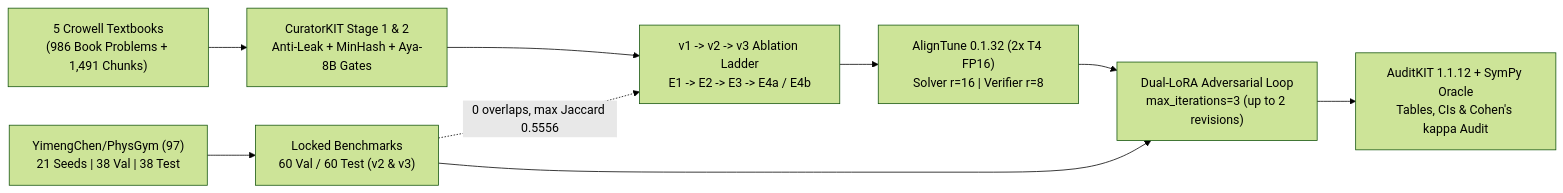
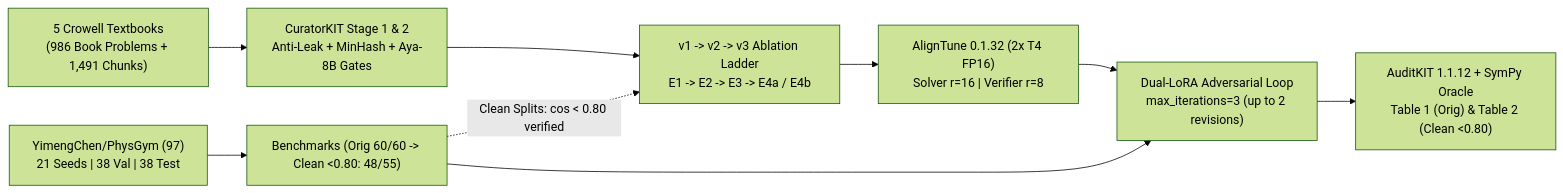
Before and after one commit to Vital-ar/adversarial_physics_problems_solver: the diagram in README.md, drawn with Mermaid (forest theme). The commit also changed other lines of this file and 20 other files, not shown here.

Commit message:
Enforce <0.80 MiniLM anti-leak splits and publish dual Table 1/Table 2 reports

````diff
--- a/README.md
+++ b/README.md
@@ -27,11 +27,11 @@
 ```mermaid
 flowchart LR
-    PG["YimengChen/PhysGym (97)<br/>21 Seeds | 38 Val | 38 Test"] --> SPL["Locked Benchmarks<br/>60 Val / 60 Test (v2 & v3)"]
+    PG["YimengChen/PhysGym (97)<br/>21 Seeds | 38 Val | 38 Test"] --> SPL["Benchmarks (Orig 60/60 -> Clean <0.80: 48/55)"]
     BK["5 Crowell Textbooks<br/>(986 Book Problems + 1,491 Chunks)"] --> CK["CuratorKIT Stage 1 & 2<br/>Anti-Leak + MinHash + Aya-8B Gates"]
     CK --> SFT["v1 -> v2 -> v3 Ablation Ladder<br/>E1 -> E2 -> E3 -> E4a / E4b"]
-    SPL -.->|"0 overlaps, max Jaccard 0.5556"| SFT
+    SPL -.->|"Clean Splits: cos < 0.80 verified"| SFT
     SFT --> AT["AlignTune 0.1.32 (2x T4 FP16)<br/>Solver r=16 | Verifier r=8"]
     AT --> LOOP["Dual-LoRA Adversarial Loop<br/>max_iterations=3 (up to 2 revisions)"]
     SPL --> LOOP
-    LOOP --> AK["AuditKIT 1.1.12 + SymPy Oracle<br/>Tables, CIs & Cohen's kappa Audit"]
+    LOOP --> AK["AuditKIT 1.1.12 + SymPy Oracle<br/>Table 1 (Orig) & Table 2 (Clean <0.80)"]
 ```
````
